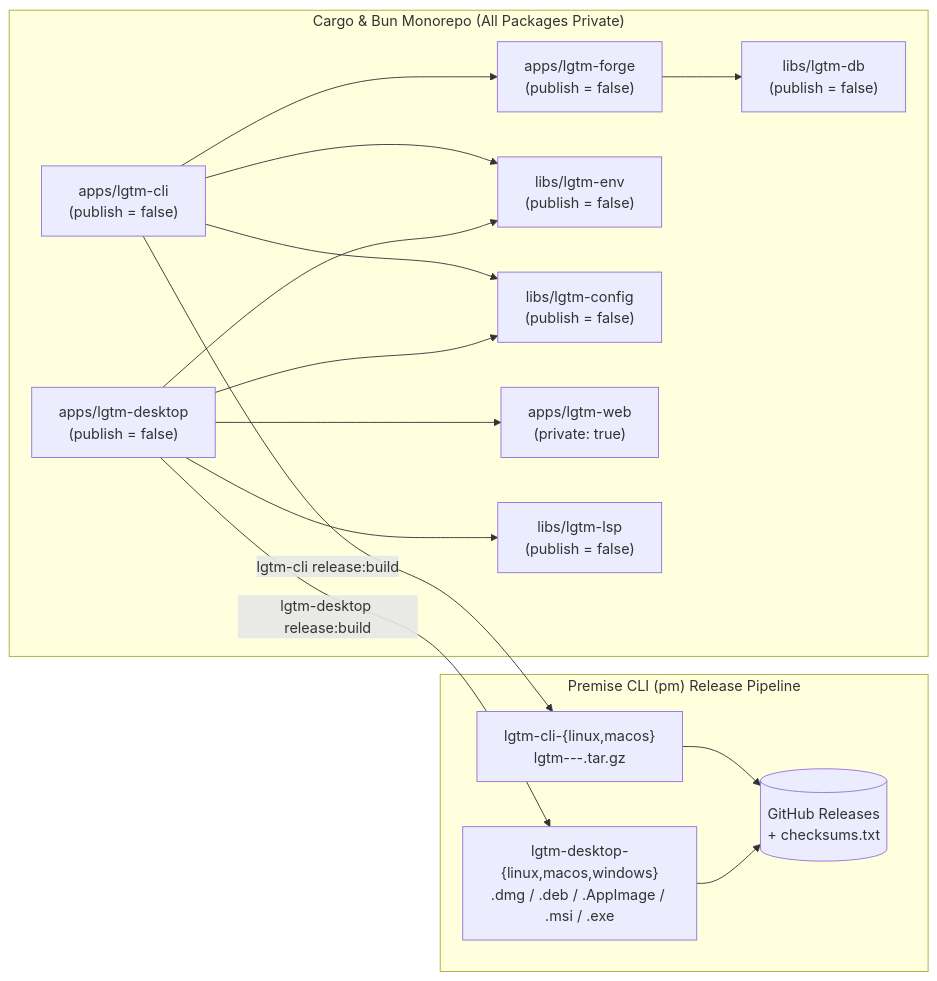
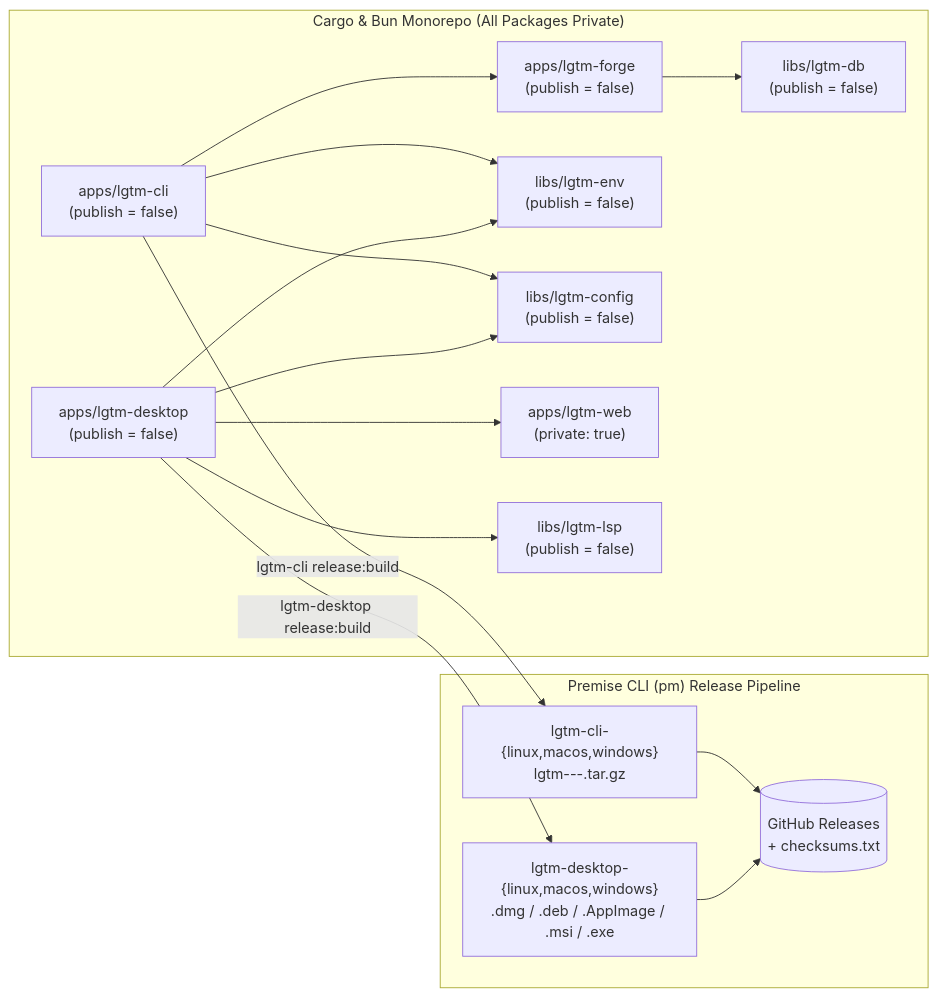
One commit to difflab-io/lgtm changed the diagram in docs/ci.md. Above: the diagram before and after it, drawn with Mermaid. The commit also changed other lines of this file and 7 other files, not shown here.

Commit message:
feat(cli): support cross-platform daemon and windows release archives [publish-rc]

````diff
--- a/docs/ci.md
+++ b/docs/ci.md
@@ -23,20 +23,20 @@
 ```mermaid
 flowchart LR
     subgraph Workspace["Cargo & Bun Monorepo (All Packages Private)"]
         CLI["apps/lgtm-cli\n(publish = false)"] --> FORGE["apps/lgtm-forge\n(publish = false)"]
         CLI --> ENV["libs/lgtm-env\n(publish = false)"]
         CLI --> CFG["libs/lgtm-config\n(publish = false)"]
         FORGE --> DB["libs/lgtm-db\n(publish = false)"]
         DESK["apps/lgtm-desktop\n(publish = false)"] --> WEB["apps/lgtm-web\n(private: true)"]
         DESK --> LSP["libs/lgtm-lsp\n(publish = false)"]
         DESK --> ENV
         DESK --> CFG
     end
 
     subgraph PremiseCI["Premise CLI (pm) Release Pipeline"]
-        CLI -->|"lgtm-cli release:build"| STAGE_CLI["lgtm-cli-{linux,macos}\nlgtm-<ver>-<os>-<arch>.tar.gz"]
+        CLI -->|"lgtm-cli release:build"| STAGE_CLI["lgtm-cli-{linux,macos,windows}\nlgtm-<ver>-<os>-<arch>.tar.gz"]
         DESK -->|"lgtm-desktop release:build"| STAGE_DESK["lgtm-desktop-{linux,macos,windows}\n.dmg / .deb / .AppImage / .msi / .exe"]
         STAGE_CLI --> GH_REL[("GitHub Releases\n+ checksums.txt")]
         STAGE_DESK --> GH_REL
     end
 ```
````
